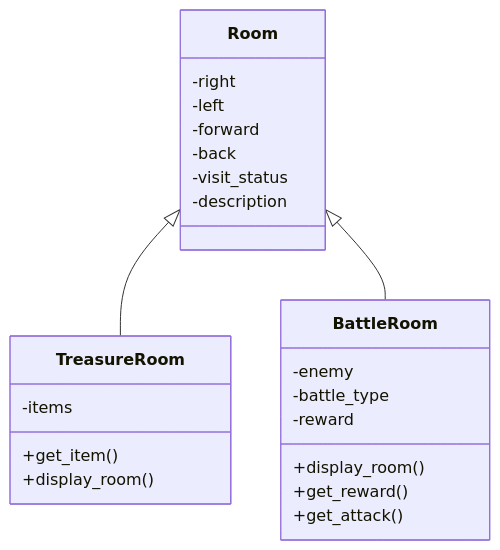
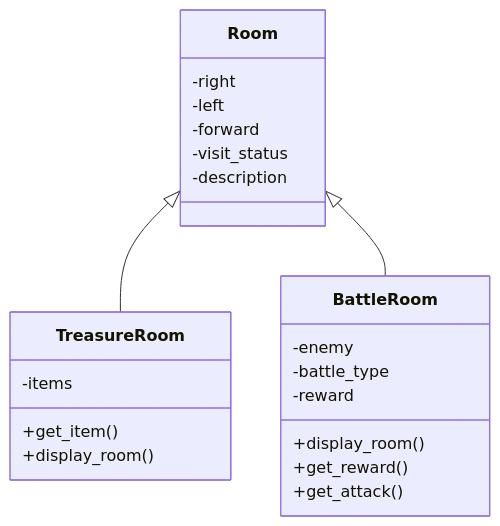
One commit to edward-yee-ny/j1-summary-project-private- changed the first of 4 diagrams in README.md. Above: the diagram before and after it, drawn with Mermaid. The commit also changed other lines of this file, not shown here.

````diff
--- a/README.md
+++ b/README.md
@@ -60,21 +60,20 @@
 ```mermaid
 classDiagram
     Room <|-- TreasureRoom
     Room <|-- BattleRoom
     Room : -right
     Room : -left
     Room : -forward
-    Room : -back
     Room : -visit_status
     Room : -description
     TreasureRoom : -items
     TreasureRoom : +get_item()
     TreasureRoom : +display_room()
     BattleRoom : -enemy
     BattleRoom : -battle_type
     BattleRoom : -reward
     BattleRoom : +display_room()
     BattleRoom : +get_reward()
     BattleRoom : +get_attack()
     
 ```
````
